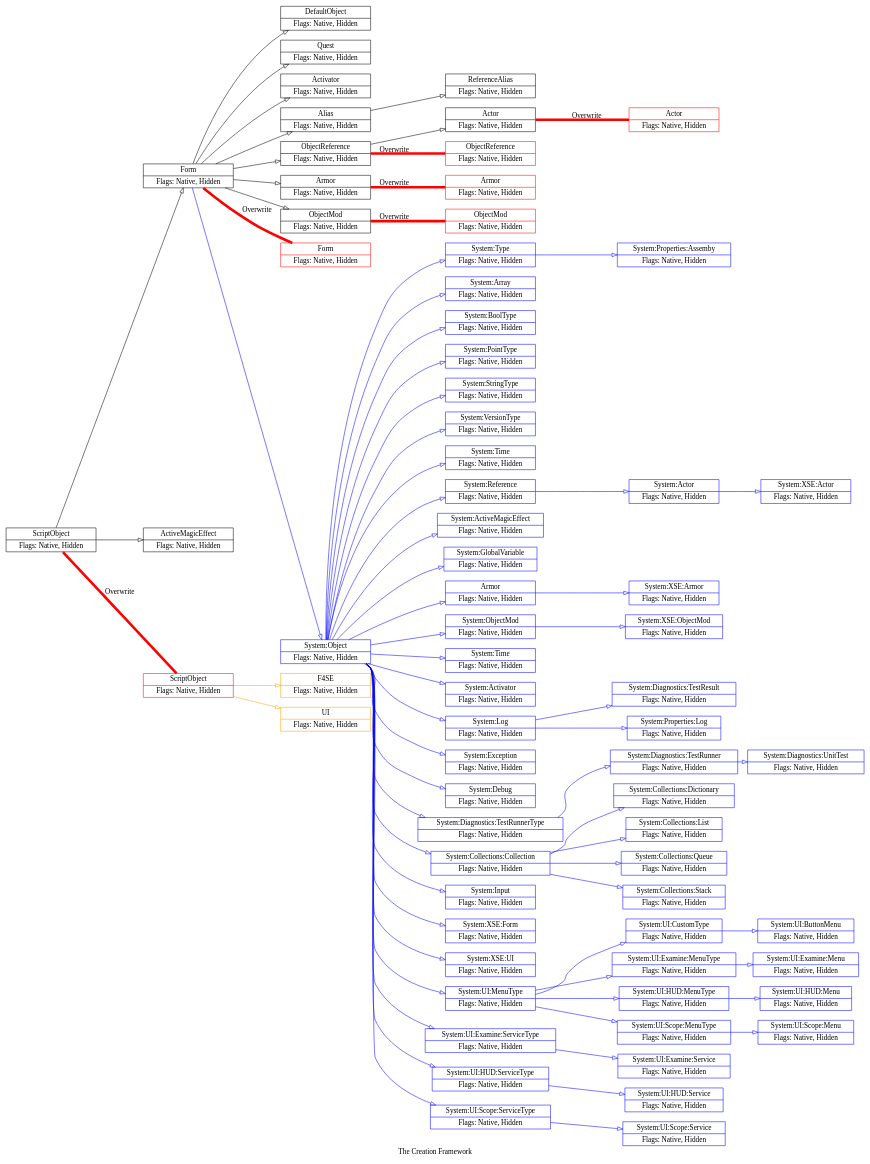
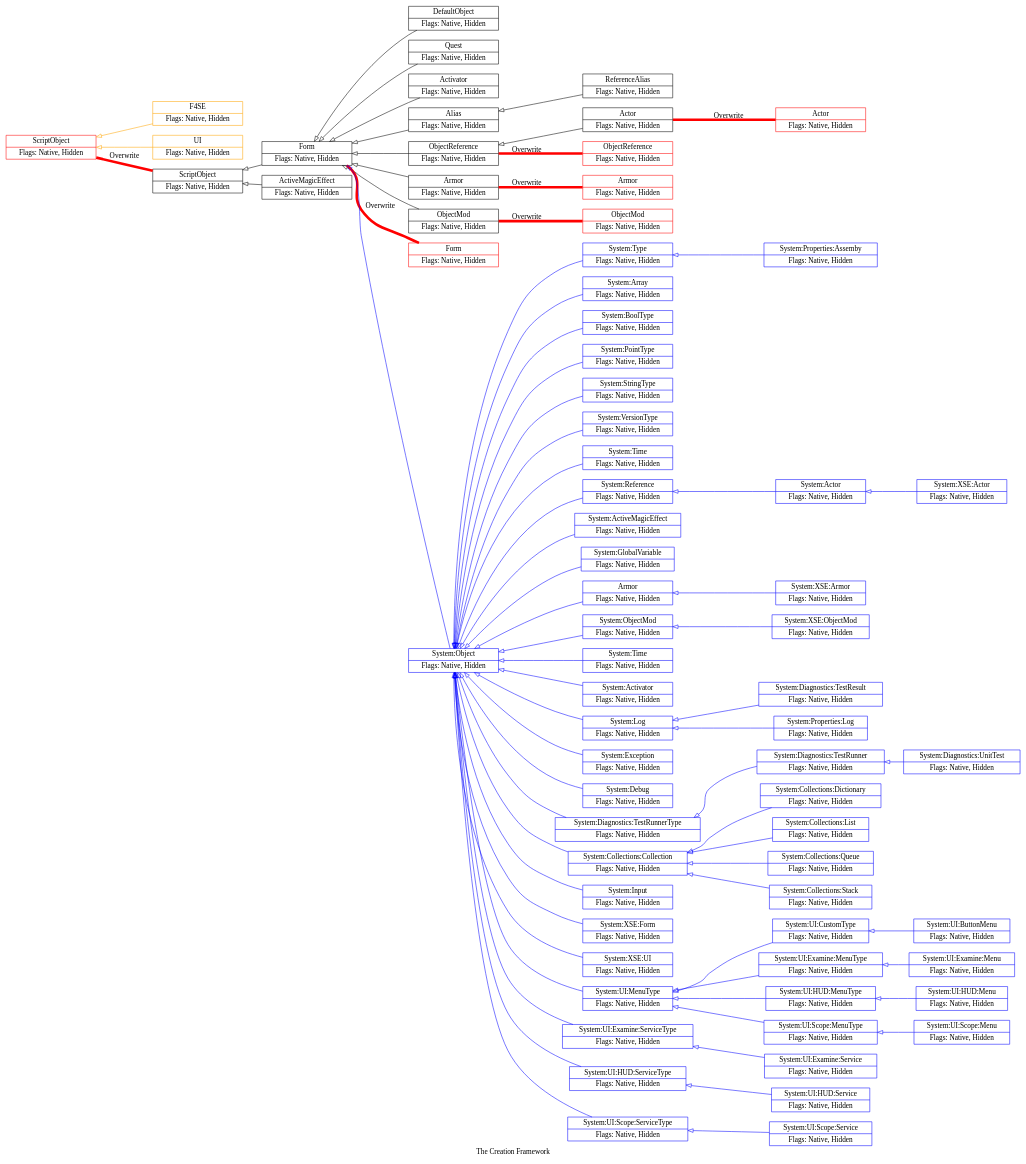
Before and after one commit to F4CF/Creation-Framework: the diagram in System/Scripts/Source/System/System.dot, drawn with Graphviz. The commit also changed 1 other file, not shown here.

Commit message:
Updated class diagram.

```diff
--- a/System/Scripts/Source/System/System.dot
+++ b/System/Scripts/Source/System/System.dot
@@ -1,5 +1,5 @@
 // https://www.graphviz.org/doc/info/lang.html
-// https://www.graphviz.org/doc/info/attrs.htm
+// https://www.graphviz.org/doc/info/attrs.html
 // https://en.wikipedia.org/wiki/DOT_(graph_description_language)
 // https://graphs.grevian.org/example
 
@@ -17,11 +17,11 @@
 digraph "CreationFramework"
 {
 	label = "The Creation Framework";
-	rankdir = "LR"; // {"TB"}, "LR", "BT", "RL"
-	 ranksep = "0.25"
+	rankdir = "RL"; // {"TB"}, "LR", "BT", "RL"
+	// ranksep = "0.25";
 	// size="10";
-	// ratio="compress"
-	clusterrank = "none" // {"local"}, "none"
+	// ratio="compress";
+	clusterrank = "none"; // {"local"}, "none"
 	node
 	[
 		shape = "record", // {"ellipse"}, "record"
@@ -42,47 +42,47 @@
 
 		Form
 		[label = "Form|Flags: Native, Hidden"]
-		{"ScriptObject" -> "Form"};
+		{"Form" -> "ScriptObject"};
 
 		DefaultObject
 		[label = "DefaultObject|Flags: Native, Hidden"]
-		{"Form" -> "DefaultObject"};
+		{"DefaultObject" -> "Form"};
 
 		Quest
 		[label = "Quest|Flags: Native, Hidden"]
-		{"Form" -> "Quest"};
+		{"Quest" -> "Form"};
 
 		Activator
 		[label = "Activator|Flags: Native, Hidden"]
-		{"Form" -> "Activator"};
+		{"Activator" -> "Form"};
 
 		Alias
 		[label = "Alias|Flags: Native, Hidden"]
-		{"Form" -> "Alias"};
+		{"Alias" -> "Form"};
 
 		ReferenceAlias
 		[label = "ReferenceAlias|Flags: Native, Hidden"]
-		{"Alias" -> "ReferenceAlias"};
+		{"ReferenceAlias" -> "Alias"};
 
 		Actor
 		[label = "Actor|Flags: Native, Hidden"]
-		{"ObjectReference" -> "Actor"};
+		{"Actor" -> "ObjectReference"};
 
 		Armor
 		[label = "Armor|Flags: Native, Hidden"]
-		{"Form" -> "Armor"};
+		{"Armor" -> "Form"};
 
 		ObjectMod
 		[label = "ObjectMod|Flags: Native, Hidden"]
-		{"Form" -> "ObjectMod"};
+		{"ObjectMod" -> "Form"};
 
 		ObjectReference
 		[label = "ObjectReference|Flags: Native, Hidden"]
-		{"Form" -> "ObjectReference"};
+		{"ObjectReference" -> "Form"};
 
 		ActiveMagicEffect
 		[label = "ActiveMagicEffect|Flags: Native, Hidden"]
-		{"ScriptObject" -> "ActiveMagicEffect"};
+		{"ActiveMagicEffect" -> "ScriptObject"};
 	}
 
 	//---------------------------------------------
@@ -121,36 +121,34 @@
 
 			XSE_Form
 			[label = "Form|Flags: Native, Hidden"]
-			{
-				"Form" -> "XSE_Form"
-			};
+			{"XSE_Form" -> "Form"};
 
 			XSE_Actor
 			[label = "Actor|Flags: Native, Hidden"]
-			{"Actor" -> "XSE_Actor"};
+			{"XSE_Actor" -> "Actor"};
 
 			XSE_Armor
 			[label = "Armor|Flags: Native, Hidden"]
-			{"Armor" -> "XSE_Armor"};
+			{"XSE_Armor" -> "Armor"};
 
 			XSE_ObjectMod
 			[label = "ObjectMod|Flags: Native, Hidden"]
-			{"ObjectMod" -> "XSE_ObjectMod"};
+			{"XSE_ObjectMod" -> "ObjectMod"};
 
 			XSE_ObjectReference
 			[label = "ObjectReference|Flags: Native, Hidden"]
-			{"ObjectReference" -> "XSE_ObjectReference"};
+			{"XSE_ObjectReference" -> "ObjectReference"};
 		}
 		subgraph "cluster_XSE_Classes"
 		{
 			label = "Classes";
 			XSE_F4SE
 			[label = "F4SE|Flags: Native, Hidden"]
-			{"XSE_ScriptObject" -> "XSE_F4SE"};
+			{"XSE_F4SE" -> "XSE_ScriptObject"};
 
 			XSE_UI
 			[label = "UI|Flags: Native, Hidden"]
-			{"XSE_ScriptObject" -> "XSE_UI"};
+			{"XSE_UI" -> "XSE_ScriptObject"};
 		}
 	}
 
@@ -180,35 +178,35 @@
 
 				"System:Object"
 				[label = "System:Object|Flags: Native, Hidden"]
-				{"Form" -> "System:Object"};
+				{"System:Object" -> "Form"};
 
 				"System:Type"
 				[label = "System:Type|Flags: Native, Hidden"]
-				{"System:Object" -> "System:Type"};
+				{"System:Type" -> "System:Object"};
 
 				"System:Array"
 				[label = "System:Array|Flags: Native, Hidden"]
-				{"System:Object" -> "System:Array"};
+				{"System:Array" -> "System:Object"};
 
 				"System:BoolType"
 				[label = "System:BoolType|Flags: Native, Hidden"]
-				{"System:Object" -> "System:BoolType"};
+				{"System:BoolType" -> "System:Object"};
 
 				"System:PointType"
 				[label = "System:PointType|Flags: Native, Hidden"]
-				{"System:Object" -> "System:PointType"};
+				{"System:PointType" -> "System:Object"};
 
 				"System:StringType"
 				[label = "System:StringType|Flags: Native, Hidden"]
-				{"System:Object" -> "System:StringType"};
+				{"System:StringType" -> "System:Object"};
 
 				"System:VersionType"
 				[label = "System:VersionType|Flags: Native, Hidden"]
-				{"System:Object" -> "System:VersionType"};
+				{"System:VersionType" -> "System:Object"};
 
 				"System:Time"
 				[label = "System:Time|Flags: Native, Hidden"]
-				{"System:Object" -> "System:Time"};
+				{"System:Time" -> "System:Object"};
 			}
 
 			subgraph "cluster_System_Base"
@@ -217,35 +215,35 @@
 
 				"System:Reference"
 				[label = "System:Reference|Flags: Native, Hidden"]
-				{"System:Object" -> "System:Reference"};
+				{"System:Reference" -> "System:Object"};
 
 				"System:Actor"
 				[label = "System:Actor|Flags: Native, Hidden"]
-				{"System:Reference" -> "System:Actor"};
+				{"System:Actor" -> "System:Reference"};
 
 				"System:ActiveMagicEffect"
 				[label = "System:ActiveMagicEffect|Flags: Native, Hidden"]
-				{"System:Object" -> "System:ActiveMagicEffect"};
+				{"System:ActiveMagicEffect" -> "System:Object"};
 
 				"System:GlobalVariable"
 				[label = "System:GlobalVariable|Flags: Native, Hidden"]
-				{"System:Object" -> "System:GlobalVariable"};
+				{"System:GlobalVariable" -> "System:Object"};
 
 				"System:Armor"
 				[label = "Armor|Flags: Native, Hidden"]
-				{"System:Object" -> "System:Armor"};
+				{"System:Armor" -> "System:Object"};
 
 				"System:ObjectMod"
 				[label = "System:ObjectMod|Flags: Native, Hidden"]
-				{"System:Object" -> "System:ObjectMod"};
+				{"System:ObjectMod" -> "System:Object"};
 
 				"System:Quest"
 				[label = "System:Time|Flags: Native, Hidden"]
-				{"System:Object" -> "System:Quest"};
+				{"System:Quest" -> "System:Object"};
 
 				"System:Activator"
 				[label = "System:Activator|Flags: Native, Hidden"]
-				{"System:Object" -> "System:Activator"};
+				{"System:Activator" -> "System:Object"};
 			}
 
 			subgraph "cluster_System_Diagnostics"
@@ -254,31 +252,31 @@
 
 				"System:Log"
 				[label = "System:Log|Flags: Native, Hidden"]
-				{"System:Object" -> "System:Log"};
+				{"System:Log" -> "System:Object"};
 
 				"System:Exception"
 				[label = "System:Exception|Flags: Native, Hidden"]
-				{"System:Object" -> "System:Exception"};
+				{"System:Exception" -> "System:Object"};
 
 				"System:Debug"
 				[label = "System:Debug|Flags: Native, Hidden"]
-				{"System:Object" -> "System:Debug"};
+				{"System:Debug" -> "System:Object"};
 
 				"System:Diagnostics:TestResult"
 				[label = "System:Diagnostics:TestResult|Flags: Native, Hidden"]
-				{"System:Log" -> "System:Diagnostics:TestResult"};
+				{"System:Diagnostics:TestResult" -> "System:Log"};
 
 				"System:Diagnostics:TestRunnerType"
 				[label = "System:Diagnostics:TestRunnerType|Flags: Native, Hidden"]
-				{"System:Object" -> "System:Diagnostics:TestRunnerType"};
+				{"System:Diagnostics:TestRunnerType" -> "System:Object"};
 
 				"System:Diagnostics:TestRunner"
 				[label = "System:Diagnostics:TestRunner|Flags: Native, Hidden"]
-				{"System:Diagnostics:TestRunnerType" -> "System:Diagnostics:TestRunner"};
+				{"System:Diagnostics:TestRunner" -> "System:Diagnostics:TestRunnerType"};
 
 				"System:Diagnostics:UnitTest"
 				[label = "System:Diagnostics:UnitTest|Flags: Native, Hidden"]
-				{"System:Diagnostics:TestRunner" -> "System:Diagnostics:UnitTest"};
+				{"System:Diagnostics:UnitTest" -> "System:Diagnostics:TestRunner"};
 			}
 
 			subgraph "cluster_System_Collections"
@@ -287,23 +285,23 @@
 
 				"System:Collections:Collection"
 				[label = "System:Collections:Collection|Flags: Native, Hidden"]
-				{"System:Object" -> "System:Collections:Collection"};
+				{"System:Collections:Collection" -> "System:Object"};
 
 				"System:Collections:Dictionary"
 				[label = "System:Collections:Dictionary|Flags: Native, Hidden"]
-				{"System:Collections:Collection" -> "System:Collections:Dictionary"};
+				{"System:Collections:Dictionary" -> "System:Collections:Collection"};
 
 				"System:Collections:List"
 				[label = "System:Collections:List|Flags: Native, Hidden"]
-				{"System:Collections:Collection" -> "System:Collections:List"};
+				{"System:Collections:List" -> "System:Collections:Collection"};
 
 				"System:Collections:Queue"
 				[label = "System:Collections:Queue|Flags: Native, Hidden"]
-				{"System:Collections:Collection" -> "System:Collections:Queue"};
+				{"System:Collections:Queue" -> "System:Collections:Collection"};
 
 				"System:Collections:Stack"
 				[label = "System:Collections:Stack|Flags: Native, Hidden"]
-				{"System:Collections:Collection" -> "System:Collections:Stack"};
+				{"System:Collections:Stack" -> "System:Collections:Collection"};
 			}
 
 			subgraph "cluster_System_Properties"
@@ -312,11 +310,11 @@
 
 				"System:Properties:Assemby"
 				[label = "System:Properties:Assemby|Flags: Native, Hidden"]
-				{"System:Type" -> "System:Properties:Assemby"};
+				{"System:Properties:Assemby" -> "System:Type"};
 
 				"System:Properties:Log"
 				[label = "System:Properties:Log|Flags: Native, Hidden"]
-				{"System:Log"      -> "System:Properties:Log"};
+				{"System:Properties:Log" -> "System:Log"};
 			}
 		}
 
@@ -331,27 +329,27 @@
 
 				"System:Input"
 				[label = "System:Input|Flags: Native, Hidden"]
-				{"System:Object" -> "System:Input"};
+				{"System:Input" -> "System:Object"};
 
 				"System:XSE:Actor"
 				[label = "System:XSE:Actor|Flags: Native, Hidden"]
-				{"System:Actor" -> "System:XSE:Actor"};
+				{"System:XSE:Actor" -> "System:Actor"};
 
 				"System:XSE:Armor"
 				[label = "System:XSE:Armor|Flags: Native, Hidden"]
-				{"System:Armor" -> "System:XSE:Armor"};
+				{"System:XSE:Armor" -> "System:Armor"};
 
 				"System:XSE:Form"
 				[label = "System:XSE:Form|Flags: Native, Hidden"]
-				{"System:Object" -> "System:XSE:Form"};
+				{"System:XSE:Form" -> "System:Object"};
 
 				"System:XSE:ObjectMod"
 				[label = "System:XSE:ObjectMod|Flags: Native, Hidden"]
-				{"System:ObjectMod" -> "System:XSE:ObjectMod"};
+				{"System:XSE:ObjectMod" -> "System:ObjectMod"};
 
 				"System:XSE:UI"
 				[label = "System:XSE:UI|Flags: Native, Hidden"]
-				{"System:Object" -> "System:XSE:UI"};
+				{"System:XSE:UI" -> "System:Object"};
 			}
 
 			subgraph "cluster_System_UI"
@@ -360,63 +358,63 @@
 
 				"System:UI:MenuType"
 				[label = "System:UI:MenuType|Flags: Native, Hidden"]
-				{"System:Object" -> "System:UI:MenuType"};
+				{"System:UI:MenuType" -> "System:Object"};
 
 				"System:UI:CustomType"
 				[label = "System:UI:CustomType|Flags: Native, Hidden"]
-				{"System:UI:MenuType" -> "System:UI:CustomType"};
+				{"System:UI:CustomType" -> "System:UI:MenuType"};
 
 				"System:UI:ButtonMenu"
 				[label = "System:UI:ButtonMenu|Flags: Native, Hidden"]
-				{"System:UI:CustomType" -> "System:UI:ButtonMenu"};
+				{"System:UI:ButtonMenu" -> "System:UI:CustomType"};
 
 				"System:UI:Examine:MenuType"
 				[label = "System:UI:Examine:MenuType|Flags: Native, Hidden"]
-				{"System:UI:MenuType" -> "System:UI:Examine:MenuType"};
+				{"System:UI:Examine:MenuType" -> "System:UI:MenuType"};
 
 				"System:UI:Examine:Menu"
 				[label = "System:UI:Examine:Menu|Flags: Native, Hidden"]
-				{"System:UI:Examine:MenuType" -> "System:UI:Examine:Menu"};
+				{"System:UI:Examine:Menu" -> "System:UI:Examine:MenuType"};
 
 				"System:UI:Examine:ServiceType"
 				[label = "System:UI:Examine:ServiceType|Flags: Native, Hidden"]
-				{"System:Object" -> "System:UI:Examine:ServiceType"};
+				{"System:UI:Examine:ServiceType" -> "System:Object"};
 
 				"System:UI:Examine:Service"
 				[label = "System:UI:Examine:Service|Flags: Native, Hidden"]
-				{"System:UI:Examine:ServiceType" -> "System:UI:Examine:Service"};
+				{"System:UI:Examine:Service" -> "System:UI:Examine:ServiceType"};
 
 				"System:UI:HUD:MenuType"
 				[label = "System:UI:HUD:MenuType|Flags: Native, Hidden"]
-				{"System:UI:MenuType" -> "System:UI:HUD:MenuType"};
+				{"System:UI:HUD:MenuType" -> "System:UI:MenuType"};
 
 				"System:UI:HUD:Menu"
 				[label = "System:UI:HUD:Menu|Flags: Native, Hidden"]
-				{"System:UI:HUD:MenuType" -> "System:UI:HUD:Menu"};
+				{"System:UI:HUD:Menu" -> "System:UI:HUD:MenuType"};
 
 				"System:UI:HUD:ServiceType"
 				[label = "System:UI:HUD:ServiceType|Flags: Native, Hidden"]
-				{"System:Object" -> "System:UI:HUD:ServiceType"};
+				{"System:UI:HUD:ServiceType" -> "System:Object"};
 
 				"System:UI:HUD:Service"
 				[label = "System:UI:HUD:Service|Flags: Native, Hidden"]
-				{"System:UI:HUD:ServiceType" -> "System:UI:HUD:Service"};
+				{"System:UI:HUD:Service" -> "System:UI:HUD:ServiceType"};
 
 				"System:UI:Scope:MenuType"
 				[label = "System:UI:Scope:MenuType|Flags: Native, Hidden"]
-				{"System:UI:MenuType" -> "System:UI:Scope:MenuType"};
+				{"System:UI:Scope:MenuType" -> "System:UI:MenuType"};
 
 				"System:UI:Scope:Menu"
 				[label = "System:UI:Scope:Menu|Flags: Native, Hidden"]
-				{"System:UI:Scope:MenuType" -> "System:UI:Scope:Menu"};
+				{"System:UI:Scope:Menu" -> "System:UI:Scope:MenuType"};
 
 				"System:UI:Scope:ServiceType"
 				[label = "System:UI:Scope:ServiceType|Flags: Native, Hidden"]
-				{"System:Object" -> "System:UI:Scope:ServiceType"};
+				{"System:UI:Scope:ServiceType" -> "System:Object"};
 
 				"System:UI:Scope:Service"
 				[label = "System:UI:Scope:Service|Flags: Native, Hidden"]
-				{"System:UI:Scope:ServiceType" -> "System:UI:Scope:Service"};
+				{"System:UI:Scope:Service" -> "System:UI:Scope:ServiceType"};
 			}
 		}
 
```
